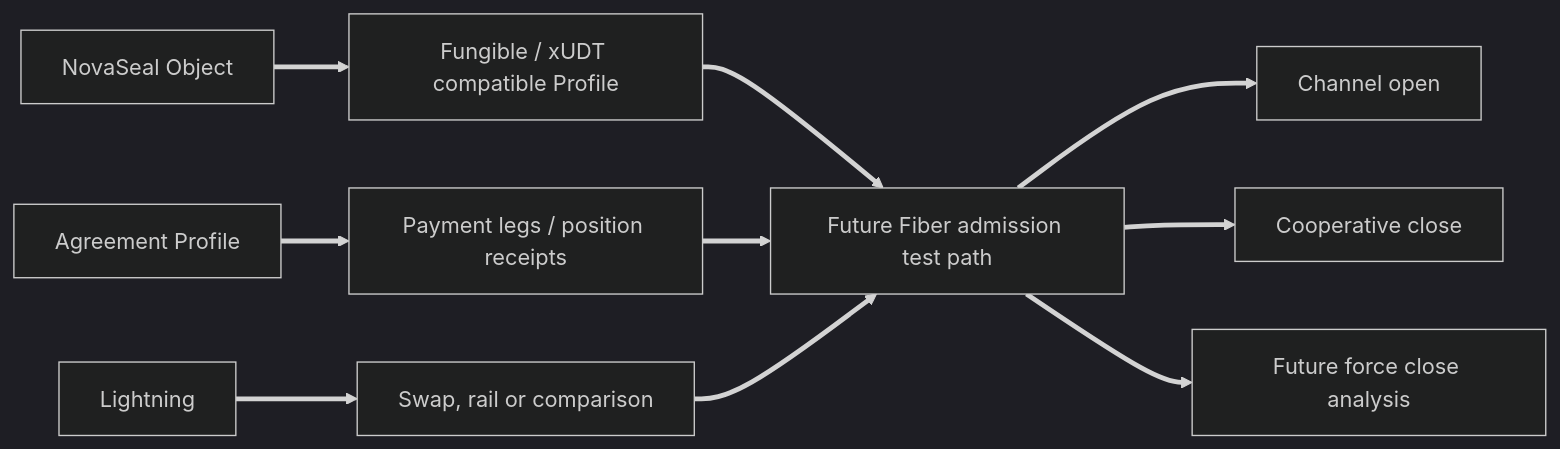
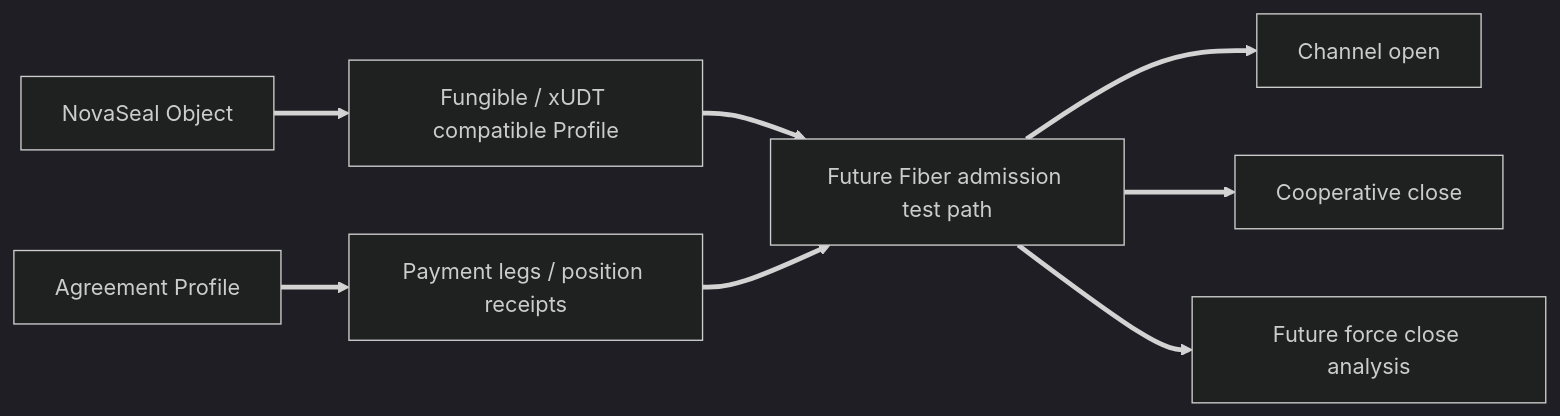
One commit to CellScript-Labs/CellScript changed the fifth of 5 diagrams in proposals/novaseal/v0-mvp-skeleton/NOVASEAL_ARCHITECTURE_EXPLAINED.md. Above: the diagram before and after it, drawn with Mermaid (dark theme). The commit also changed other lines of this file and 1 other file, not shown here.

````diff
--- a/proposals/novaseal/v0-mvp-skeleton/NOVASEAL_ARCHITECTURE_EXPLAINED.md
+++ b/proposals/novaseal/v0-mvp-skeleton/NOVASEAL_ARCHITECTURE_EXPLAINED.md
@@ -217,14 +262,11 @@
 ```mermaid
 flowchart LR
     A[NovaSeal Object] ==> B[Fungible / xUDT compatible Profile]
     B ==> C[Future Fiber admission test path]
     C ==> D[Channel open]
     C ==> E[Cooperative close]
     C ==> F[Future force close analysis]
 
     G[Agreement Profile] ==> H[Payment legs / position receipts]
     H ==> C
-
-    I[Lightning] ==> J[Swap, rail or comparison]
-    J ==> C
 ```
````
